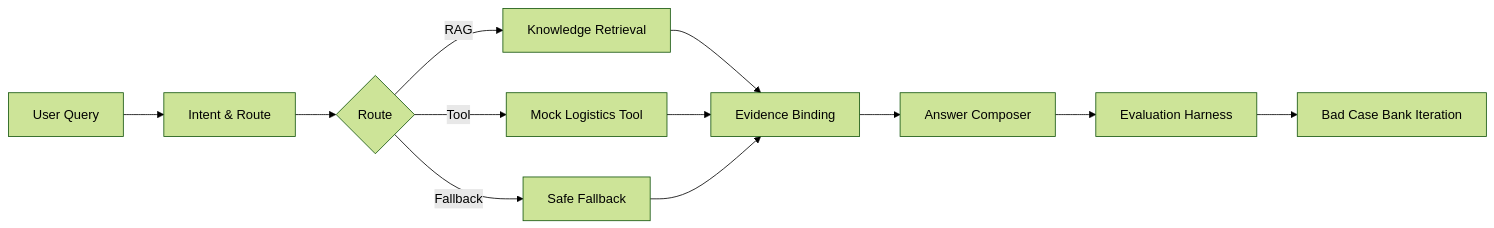
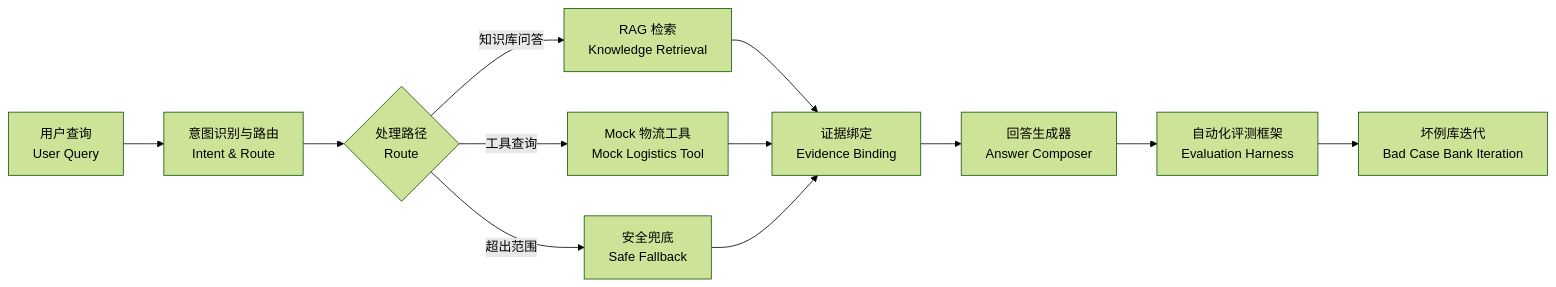
The diagram in README.md (Strange-Men/CustomerOpsAgent), drawn with Mermaid (forest theme) before and after one commit. The commit also changed other lines of this file and 4 other files, not shown here.

````diff
--- a/README.md
+++ b/README.md
@@ -123,14 +119,14 @@
 ```mermaid
 flowchart LR
-  A[User Query] --> B[Intent & Route]
-  B --> C{Route}
-  C -->|RAG| D[Knowledge Retrieval]
-  C -->|Tool| E[Mock Logistics Tool]
-  C -->|Fallback| F[Safe Fallback]
-  D --> G[Evidence Binding]
+  A[用户查询<br/>User Query] --> B[意图识别与路由<br/>Intent & Route]
+  B --> C{处理路径<br/>Route}
+  C -->|知识库问答| D[RAG 检索<br/>Knowledge Retrieval]
+  C -->|工具查询| E[Mock 物流工具<br/>Mock Logistics Tool]
+  C -->|超出范围| F[安全兜底<br/>Safe Fallback]
+  D --> G[证据绑定<br/>Evidence Binding]
   E --> G
   F --> G
-  G --> H[Answer Composer]
-  H --> I[Evaluation Harness]
-  I --> J[Bad Case Bank Iteration]
+  G --> H[回答生成器<br/>Answer Composer]
+  H --> I[自动化评测框架<br/>Evaluation Harness]
+  I --> J[坏例库迭代<br/>Bad Case Bank Iteration]
 ```
````
